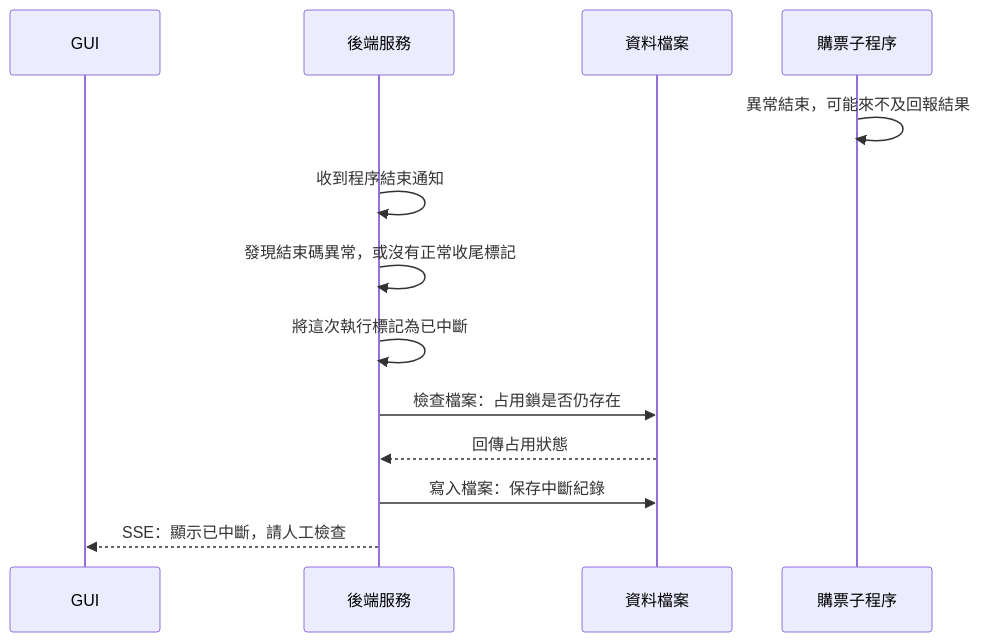
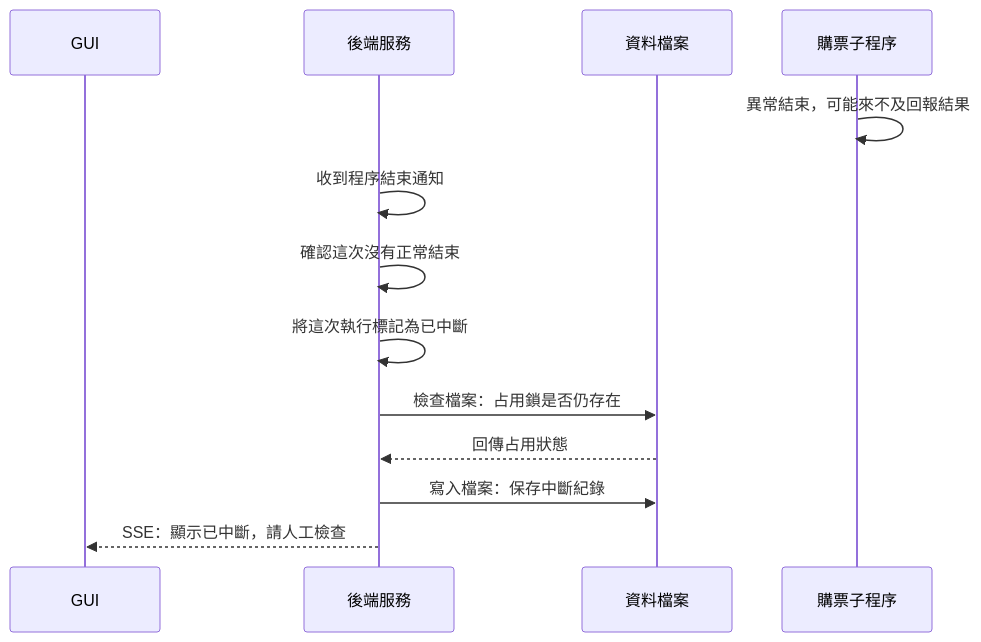
Before and after one commit to pablo0825/2026-09-ticketPilot: the diagram in docs/architecture/interrupted-run.md, drawn with Mermaid. The commit also changed other lines of this file and 4 other files, not shown here.

Commit message:
docs(architecture): simplify explanations and split control diagrams

````diff
--- a/docs/architecture/interrupted-run.md
+++ b/docs/architecture/interrupted-run.md
@@ -7,16 +7,16 @@
 ```mermaid
 sequenceDiagram
     participant G as GUI
     participant B as 後端服務
     participant D as 資料檔案
     participant W as 購票子程序
 
     W->>W: 異常結束，可能來不及回報結果
     B->>B: 收到程序結束通知
-    B->>B: 發現結束碼異常，或沒有正常收尾標記
+    B->>B: 確認這次沒有正常結束
     B->>B: 將這次執行標記為已中斷
     B->>D: 檢查檔案：占用鎖是否仍存在
     D-->>B: 回傳占用狀態
     B->>D: 寫入檔案：保存中斷紀錄
     B-->>G: SSE：顯示已中斷，請人工檢查
 ```
````
